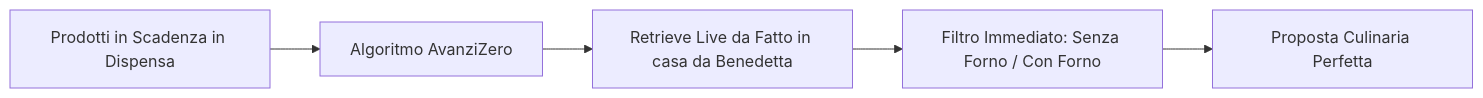
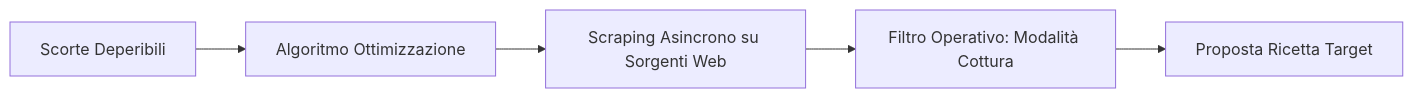
One commit to YuliaD2609/AvanziZero changed the third of 3 diagrams in README.md. Above: the diagram before and after it, drawn with Mermaid. The commit also changed other lines of this file, not shown here.

````diff
--- a/README.md
+++ b/README.md
@@ -136,7 +135,7 @@
 ```mermaid
 flowchart LR
-    A[Prodotti in Scadenza in Dispensa] --> B[Algoritmo AvanziZero]
-    B --> C[Retrieve Live da Fatto in casa da Benedetta]
-    C --> D[Filtro Immediato: Senza Forno / Con Forno]
-    D --> E[Proposta Culinaria Perfetta]
+    A[Scorte Deperibili] --> B[Algoritmo Ottimizzazione]
+    B --> C[Scraping Asincrono su Sorgenti Web]
+    C --> D[Filtro Operativo: Modalità Cottura]
+    D --> E[Proposta Ricetta Target]
 ```
````
